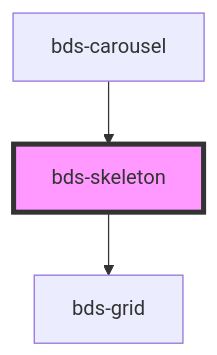
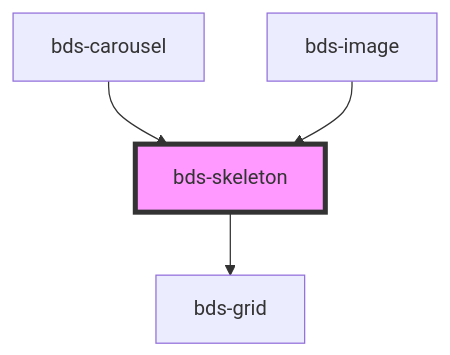
Before and after one commit to takenet/blip-ds: the diagram in src/components/skeleton/readme.md, drawn with Mermaid. The commit also changed other lines of this file and 4 other files, not shown here.

````diff
--- a/src/components/skeleton/readme.md
+++ b/src/components/skeleton/readme.md
@@ -29,6 +30,7 @@
 ```mermaid
 graph TD;
   bds-skeleton --> bds-grid
   bds-carousel --> bds-skeleton
+  bds-image --> bds-skeleton
   style bds-skeleton fill:#f9f,stroke:#333,stroke-width:4px
 ```
````
